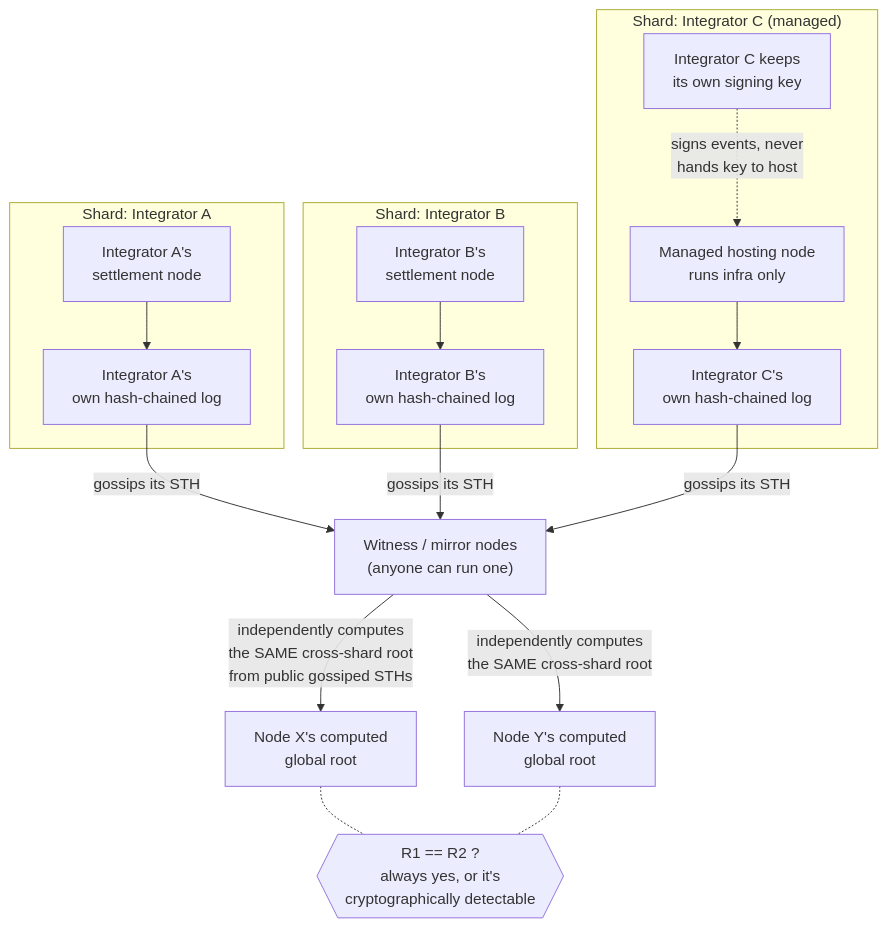
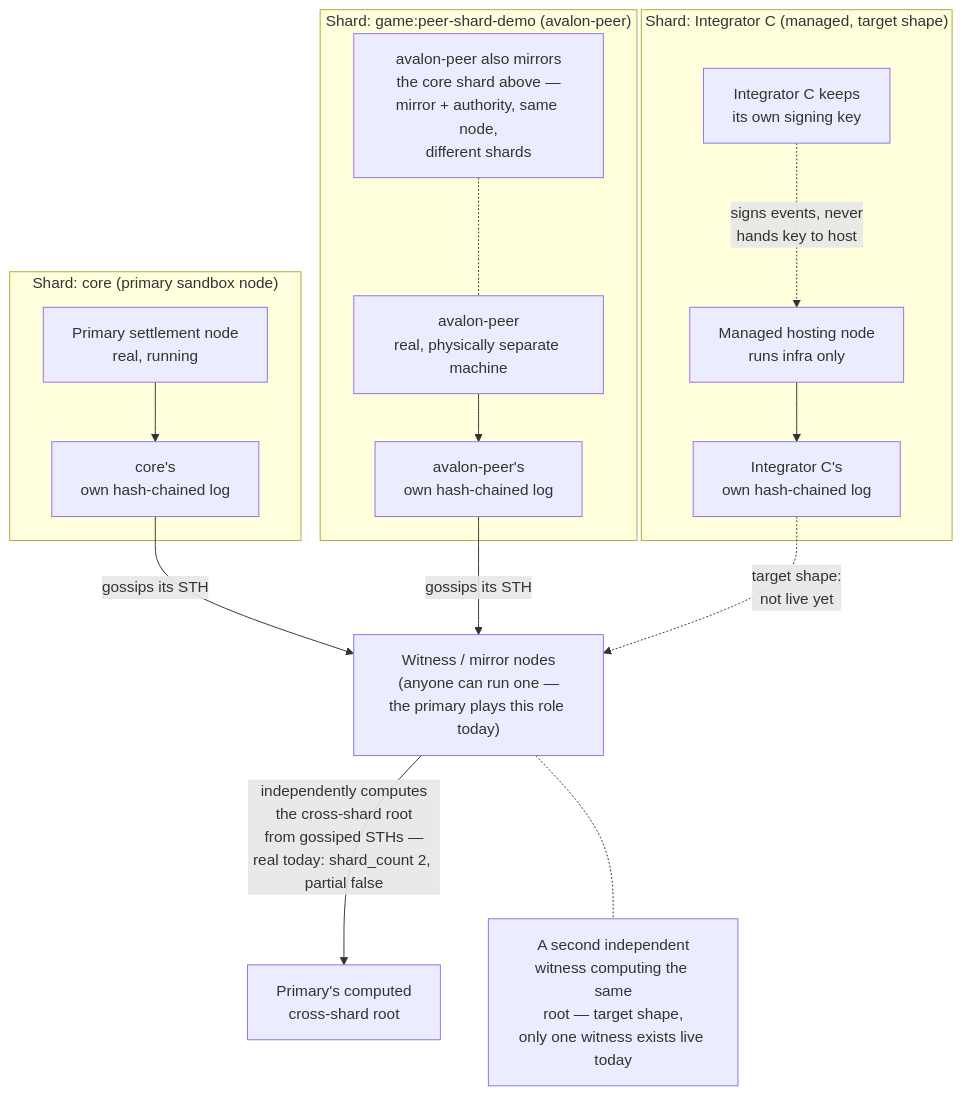
One commit to avalon-initiative/avalon-protocol changed the first of 2 diagrams in docs/architecture/distributed-topology.md. Above: the diagram before and after it, drawn with Mermaid. The commit also changed other lines of this file, not shown here.

First line of the commit message:
[noissue] - Update distributed-topology.md to reflect real two-shard settlement

````diff
--- a/docs/architecture/distributed-topology.md
+++ b/docs/architecture/distributed-topology.md
@@ -32,33 +46,32 @@
 ```mermaid
 graph TD
-    subgraph "Shard: Integrator A"
-        A1[Integrator A's<br/>settlement node]
-        A2[Integrator A's<br/>own hash-chained log]
+    subgraph "Shard: core (primary sandbox node)"
+        A1[Primary settlement node<br/>real, running]
+        A2[core's<br/>own hash-chained log]
         A1 --> A2
     end
 
-    subgraph "Shard: Integrator B"
-        B1[Integrator B's<br/>settlement node]
-        B2[Integrator B's<br/>own hash-chained log]
+    subgraph "Shard: game:peer-shard-demo (avalon-peer)"
+        B1[avalon-peer<br/>real, physically separate machine]
+        B2[avalon-peer's<br/>own hash-chained log]
         B1 --> B2
+        BM[avalon-peer also mirrors<br/>the core shard above —<br/>mirror + authority, same node,<br/>different shards]
+        BM -.- B1
     end
 
-    subgraph "Shard: Integrator C (managed)"
+    subgraph "Shard: Integrator C (managed, target shape)"
         C1[Managed hosting node<br/>runs infra only]
         C2[Integrator C's<br/>own hash-chained log]
         C1 --> C2
         CK[Integrator C keeps<br/>its own signing key]
         CK -. signs events, never<br/>hands key to host .-> C1
     end
 
     A2 -- gossips its STH --> W
     B2 -- gossips its STH --> W
-    C2 -- gossips its STH --> W
+    C2 -. "target shape:<br/>not live yet" .-> W
 
-    W["Witness / mirror nodes<br/>(anyone can run one)"]
-    W -- "independently computes<br/>the SAME cross-shard root<br/>from public gossiped STHs" --> R1[Node X's computed<br/>global root]
-    W -- "independently computes<br/>the SAME cross-shard root" --> R2[Node Y's computed<br/>global root]
-
-    R1 -.- Check{{"R1 == R2 ?<br/>always yes, or it's<br/>cryptographically detectable"}}
-    R2 -.- Check
+    W["Witness / mirror nodes<br/>(anyone can run one —<br/>the primary plays this role today)"]
+    W -- "independently computes<br/>the cross-shard root<br/>from gossiped STHs —<br/>real today: shard_count 2, partial false" --> R1[Primary's computed<br/>cross-shard root]
+    W -.- R2["A second independent<br/>witness computing the same<br/>root — target shape,<br/>only one witness exists live today"]
 ```
````
